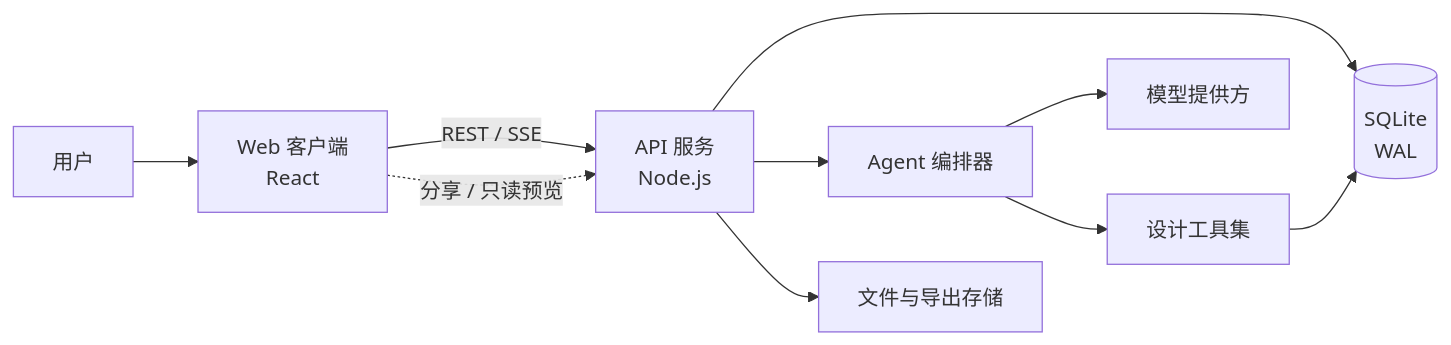
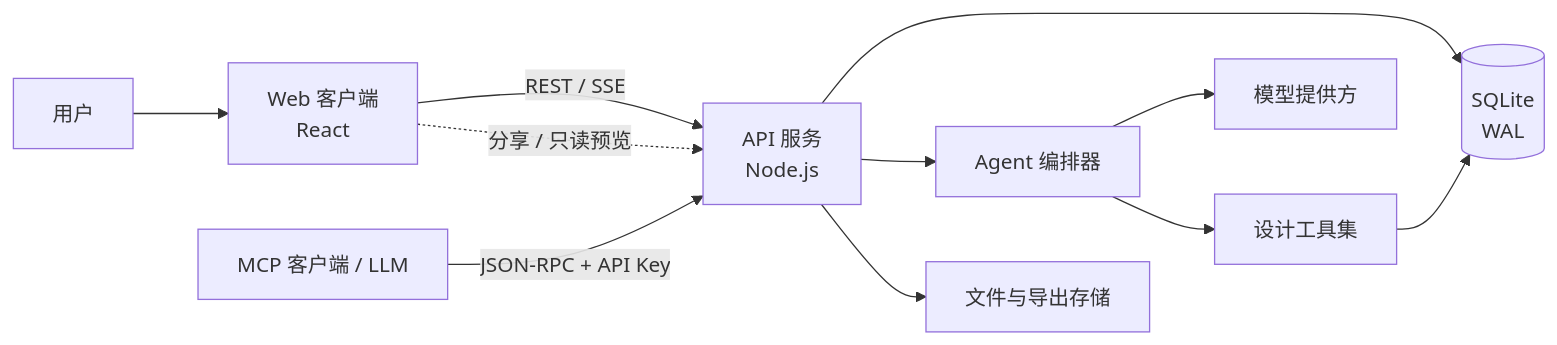
Before and after one commit to AboutUip/Morfa: the diagram in docs/architecture/overview.md, drawn with Mermaid. The commit also changed other lines of this file and 46 other files, not shown here.

Commit message:
feat(mcp): 添加原生 MCP 服务与 API Key 管理

````diff
--- a/docs/architecture/overview.md
+++ b/docs/architecture/overview.md
@@ -22,12 +22,13 @@
 ```mermaid
 flowchart LR
   U[用户] --> W[Web 客户端<br/>React]
   W -->|REST / SSE| A[API 服务<br/>Node.js]
+  C[MCP 客户端 / LLM] -->|JSON-RPC + API Key| A
   A --> D[(SQLite<br/>WAL)]
   A --> O[Agent 编排器]
   O --> M[模型提供方]
   O --> T[设计工具集]
   T --> D
   A --> S[文件与导出存储]
   W -. 分享 / 只读预览 .-> A
 ```
````
